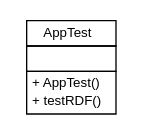
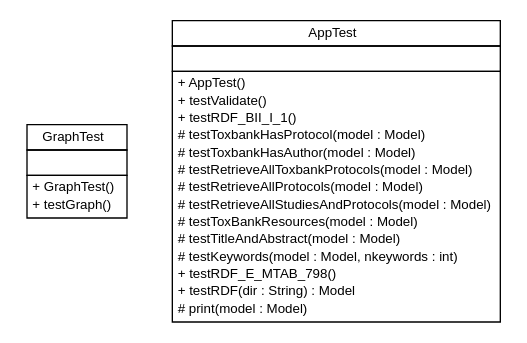
Before and after one commit to ToxBank/isa2rdf: the diagram in testapidocs/org/isa2rdf/cli/org.isa2rdf.cli.dot, drawn with Graphviz. The commit also changed 113 other files, not shown here.

```diff
--- a/testapidocs/org/isa2rdf/cli/org.isa2rdf.cli.dot
+++ b/testapidocs/org/isa2rdf/cli/org.isa2rdf.cli.dot
@@ -1,23 +1,48 @@
 #!/usr/local/bin/dot
 #
 # Class diagram 
 # Generated by UmlGraph version 4.6 (http://www.spinellis.gr/sw/umlgraph)
 #
 
 digraph G {
 	edge [fontname="arial",fontsize=10,labelfontname="arial",labelfontsize=10];
 	node [fontname="arial",fontsize=10,shape=plaintext];
+	// org.isa2rdf.cli.GraphTest
+	c0 [label=<<table border="0" cellborder="1" cellspacing="0" cellpadding="2" port="p" href="./GraphTest.html">
+		<tr><td><table border="0" cellspacing="0" cellpadding="1">
+			<tr><td> GraphTest </td></tr>
+		</table></td></tr>
+		<tr><td><table border="0" cellspacing="0" cellpadding="1">
+			<tr><td align="left">  </td></tr>
+		</table></td></tr>
+		<tr><td><table border="0" cellspacing="0" cellpadding="1">
+			<tr><td align="left"> + GraphTest() </td></tr>
+			<tr><td align="left"> + testGraph() </td></tr>
+		</table></td></tr>
+		</table>>, fontname="arial", fontcolor="black", fontsize=10.0];
 	// org.isa2rdf.cli.AppTest
-	c0 [label=<<table border="0" cellborder="1" cellspacing="0" cellpadding="2" port="p" href="./AppTest.html">
+	c1 [label=<<table border="0" cellborder="1" cellspacing="0" cellpadding="2" port="p" href="./AppTest.html">
 		<tr><td><table border="0" cellspacing="0" cellpadding="1">
 			<tr><td> AppTest </td></tr>
 		</table></td></tr>
 		<tr><td><table border="0" cellspacing="0" cellpadding="1">
 			<tr><td align="left">  </td></tr>
 		</table></td></tr>
 		<tr><td><table border="0" cellspacing="0" cellpadding="1">
 			<tr><td align="left"> + AppTest() </td></tr>
-			<tr><td align="left"> + testRDF() </td></tr>
+			<tr><td align="left"> + testValidate() </td></tr>
+			<tr><td align="left"> + testRDF_BII_I_1() </td></tr>
+			<tr><td align="left"> # testToxbankHasProtocol(model : Model) </td></tr>
+			<tr><td align="left"> # testToxbankHasAuthor(model : Model) </td></tr>
+			<tr><td align="left"> # testRetrieveAllToxbankProtocols(model : Model) </td></tr>
+			<tr><td align="left"> # testRetrieveAllProtocols(model : Model) </td></tr>
+			<tr><td align="left"> # testRetrieveAllStudiesAndProtocols(model : Model) </td></tr>
+			<tr><td align="left"> # testToxBankResources(model : Model) </td></tr>
+			<tr><td align="left"> # testTitleAndAbstract(model : Model) </td></tr>
+			<tr><td align="left"> # testKeywords(model : Model, nkeywords : int) </td></tr>
+			<tr><td align="left"> + testRDF_E_MTAB_798() </td></tr>
+			<tr><td align="left"> + testRDF(dir : String) : Model </td></tr>
+			<tr><td align="left"> # print(model : Model) </td></tr>
 		</table></td></tr>
 		</table>>, fontname="arial", fontcolor="black", fontsize=10.0];
 }
```
